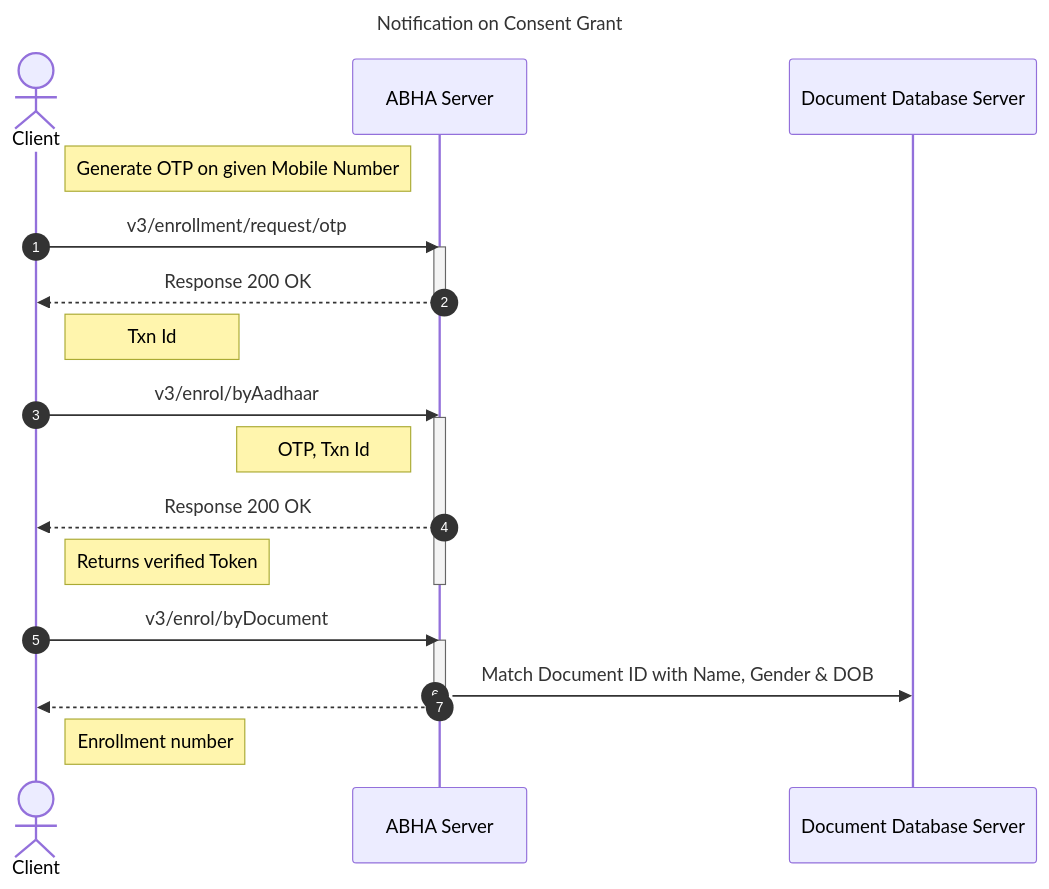
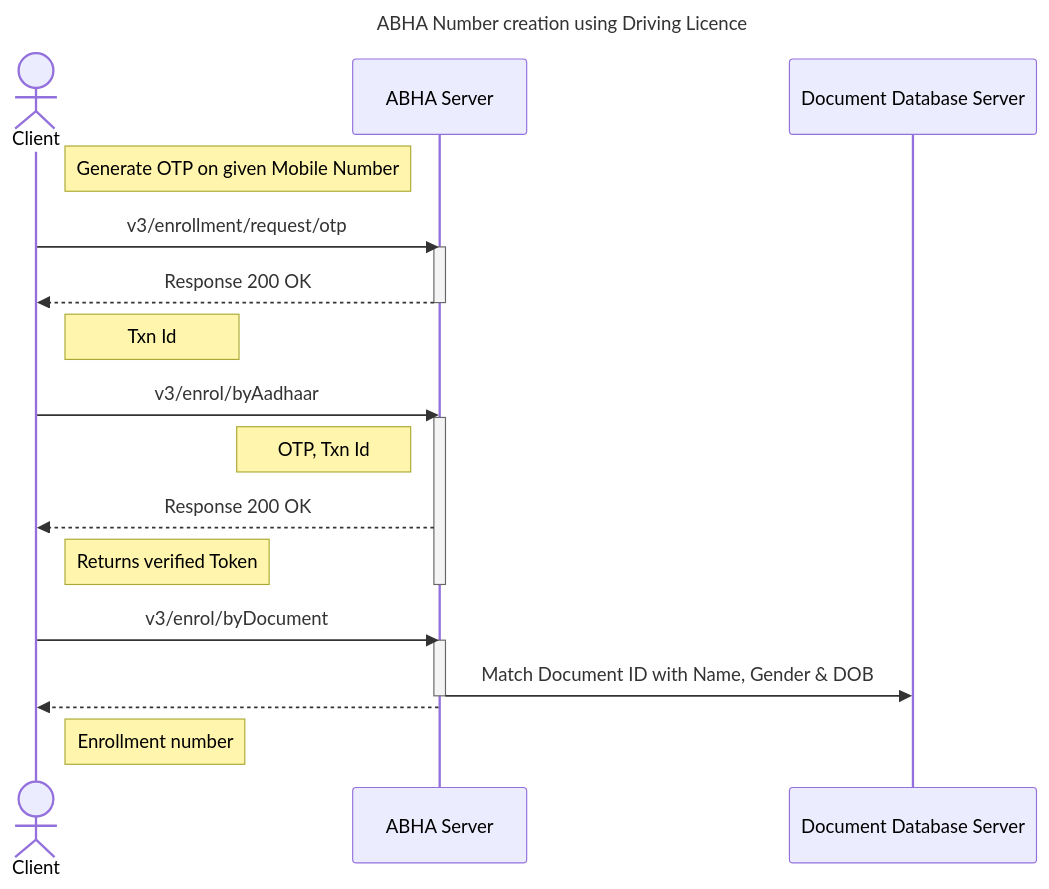
One commit to kiranma72/abdm-docs changed the diagram in content/2-milestone1/abha-number/TEST-driving-license.md. Above: the diagram before and after it, drawn with Mermaid.

Commit message:
test driving licence commit5

```diff
--- a/content/2-milestone1/abha-number/TEST-driving-license.md
+++ b/content/2-milestone1/abha-number/TEST-driving-license.md
@@ -84,24 +84,23 @@
 {{< mermaid >}}
-%%{init:{"fontSize": "1.0rem", "sequence":{"showSequenceNumbers":true}}}%%
 sequenceDiagram
-title Notification on Consent Grant
+title ABHA Number creation using Driving Licence
 actor Client
 Note right of Client: Generate OTP on given Mobile Number
 Client->>ABHA Server:v3/enrollment/request/otp
 activate ABHA Server
 ABHA Server-->> Client: Response 200 OK
 deactivate ABHA Server
 Note right of Client: Txn Id
 Client->>ABHA Server:v3/enrol/byAadhaar
 activate ABHA Server
 Note left of ABHA Server: OTP, Txn Id
 ABHA Server-->> Client: Response 200 OK
 Note right of Client: Returns verified Token
 deactivate ABHA Server
 Client->>ABHA Server:v3/enrol/byDocument
 activate ABHA Server
 ABHA Server->> Document Database Server: Match Document ID with Name, Gender & DOB
 deactivate ABHA Server
 ABHA Server-->> Client: 
 Note right of Client: Enrollment number
 {{< /mermaid >}}
```
